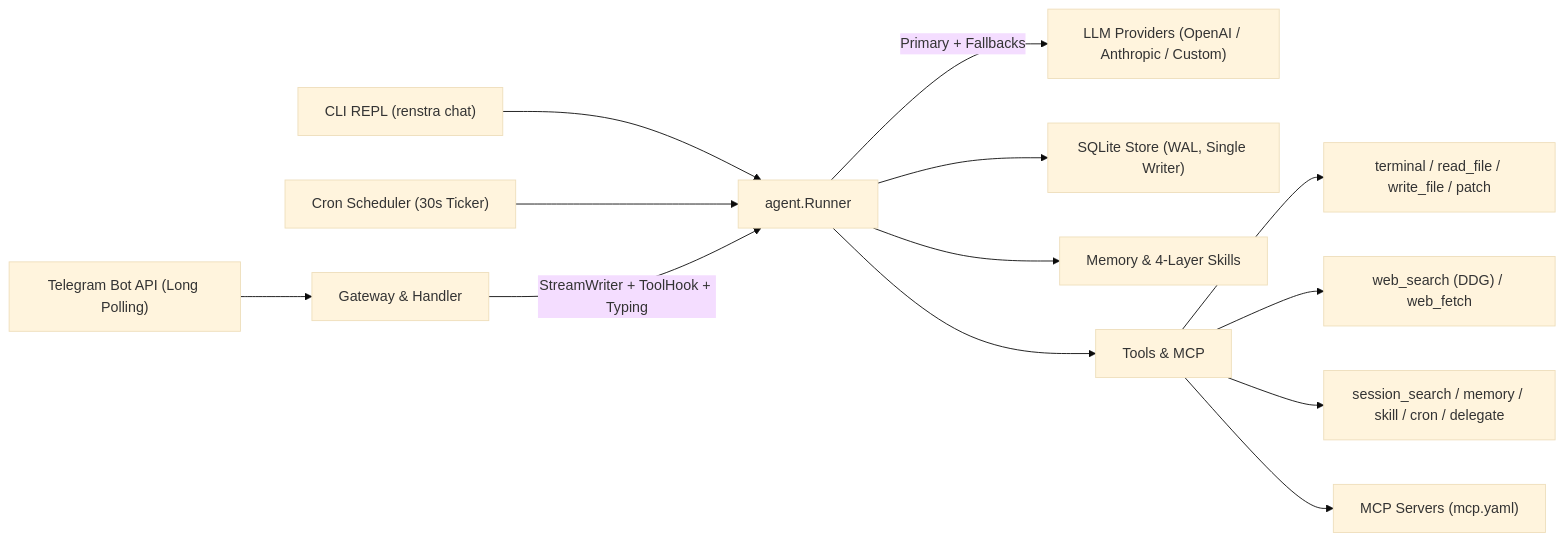
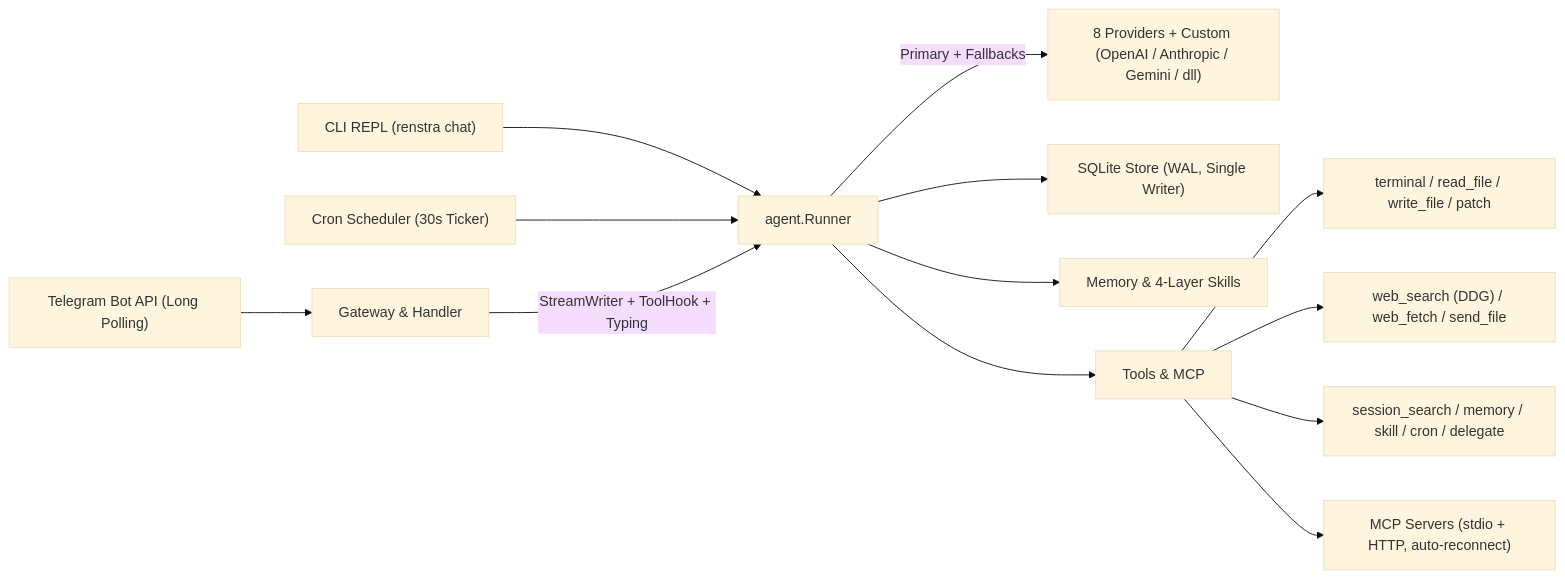
Before and after one commit to firdausmntp/RENSTRA: the diagram in README.md, drawn with Mermaid (base theme). The commit also changed other lines of this file and 8 other files, not shown here.

````diff
--- a/README.md
+++ b/README.md
@@ -58,17 +58,17 @@
 ```mermaid
 flowchart LR
     TG["Telegram Bot API (Long Polling)"] --> GW["Gateway & Handler"]
     CLI["CLI REPL (renstra chat)"] --> RUN["agent.Runner"]
     CRON["Cron Scheduler (30s Ticker)"] --> RUN
     GW -->|"StreamWriter + ToolHook + Typing"| RUN
 
-    RUN -->|"Primary + Fallbacks"| PROV["LLM Providers (OpenAI / Anthropic / Custom)"]
+    RUN -->|"Primary + Fallbacks"| PROV["8 Providers + Custom (OpenAI / Anthropic / Gemini / dll)"]
     RUN --> STORE["SQLite Store (WAL, Single Writer)"]
     RUN --> MEM["Memory & 4-Layer Skills"]
     RUN --> TOOLS["Tools & MCP"]
 
     TOOLS --> T1["terminal / read_file / write_file / patch"]
-    TOOLS --> T2["web_search (DDG) / web_fetch"]
+    TOOLS --> T2["web_search (DDG) / web_fetch / send_file"]
     TOOLS --> T3["session_search / memory / skill / cron / delegate"]
-    TOOLS --> MCP["MCP Servers (mcp.yaml)"]
+    TOOLS --> MCP["MCP Servers (stdio + HTTP, auto-reconnect)"]
 ```
````
